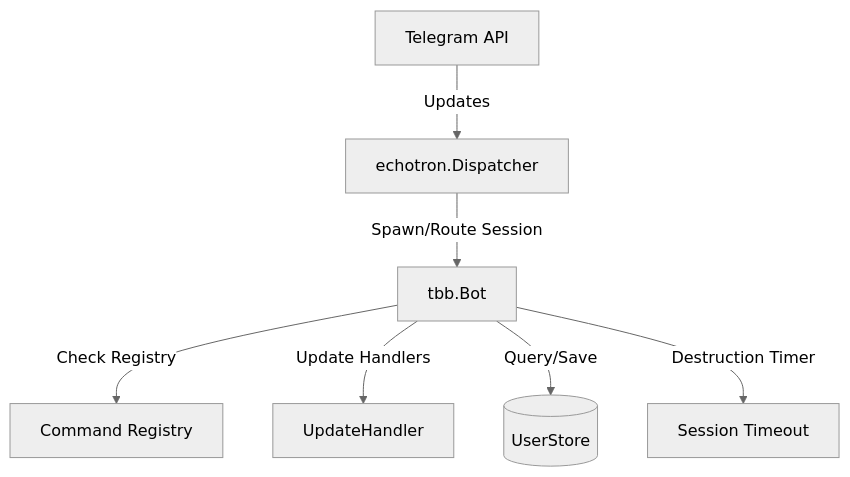
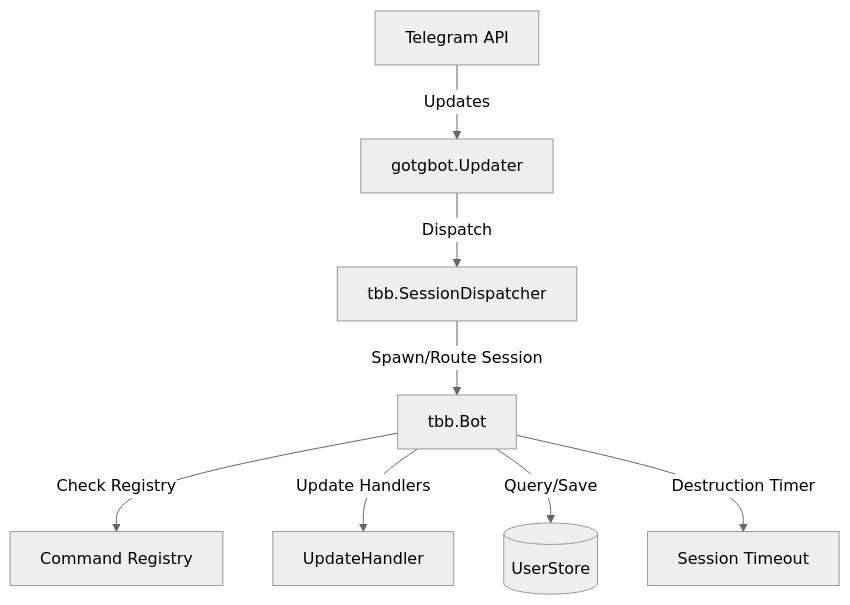
Before and after one commit to apperia-de/tbb: the first of 3 diagrams in AGENTS.md, drawn with Mermaid (neutral theme). The commit also changed other lines of this file and 15 other files, not shown here.

Commit message:
refactor: migrate telegram bot library from echotron to gotgbot and implement a router-based update handler

````diff
--- a/AGENTS.md
+++ b/AGENTS.md
@@ -11,9 +11,10 @@
 ```mermaid
 graph TD
-    Client[Telegram API] -->|Updates| Dispatcher[echotron.Dispatcher]
+    Client[Telegram API] -->|Updates| Updater[gotgbot.Updater]
+    Updater -->|Dispatch| Dispatcher[tbb.SessionDispatcher]
     Dispatcher -->|Spawn/Route Session| Session[tbb.Bot]
     Session -->|Check Registry| CmdReg[Command Registry]
     Session -->|Update Handlers| Handler[UpdateHandler]
     Session -->|Query/Save| Store[(UserStore)]
     Session -->|Destruction Timer| Timeout[Session Timeout]
 ```
````
